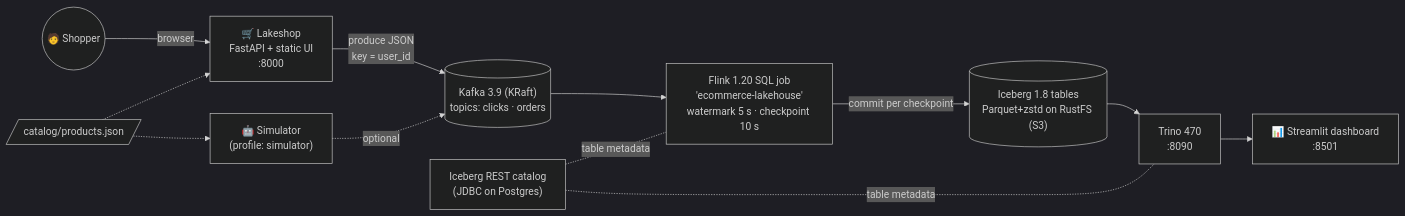
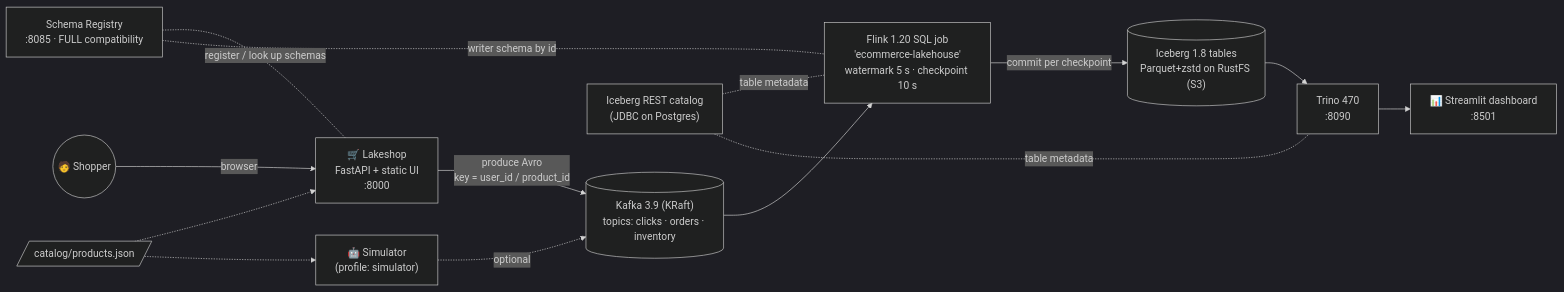
The first of 2 diagrams in docs/ai/Architecture.md (kanersharma/realtime-ecommerce-lakehouse), drawn with Mermaid (dark theme) before and after one commit. The commit also changed other lines of this file and 44 other files, not shown here.

First line of the commit message:
Move events to Avro with a Schema Registry; add schema v2 (Phase 10)

````diff
--- a/docs/ai/Architecture.md
+++ b/docs/ai/Architecture.md
@@ -8,14 +8,16 @@
 ```mermaid
 flowchart LR
     U(("🧑 Shopper")) -->|browser| S["🛒 Lakeshop<br/>FastAPI + static UI<br/>:8000"]
     SIM["🤖 Simulator<br/>(profile: simulator)"] -.->|optional| K
-    S -->|"produce JSON<br/>key = user_id"| K[("Kafka 3.9 (KRaft)<br/>topics: clicks · orders")]
+    S -->|"produce Avro<br/>key = user_id / product_id"| K[("Kafka 3.9 (KRaft)<br/>topics: clicks · orders · inventory")]
+    SR["Schema Registry<br/>:8085 · FULL compatibility"] -. "register / look up schemas" .- S
+    SR -. "writer schema by id" .- F
     K --> F["Flink 1.20 SQL job<br/>'ecommerce-lakehouse'<br/>watermark 5 s · checkpoint 10 s"]
     F -->|"commit per checkpoint"| I[("Iceberg 1.8 tables<br/>Parquet+zstd on RustFS (S3)")]
     RC["Iceberg REST catalog<br/>(JDBC on Postgres)"] -. table metadata .- F
     RC -. table metadata .- T
     I --> T["Trino 470<br/>:8090"]
     T --> D["📊 Streamlit dashboard<br/>:8501"]
     C[/"catalog/products.json"/] -.-> S
     C -.-> SIM
 ```
````
